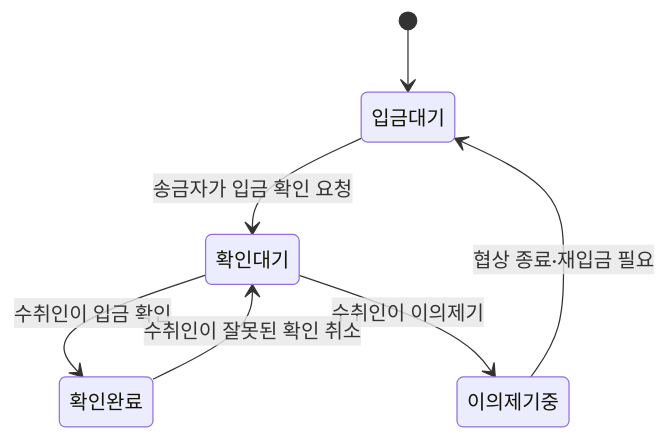
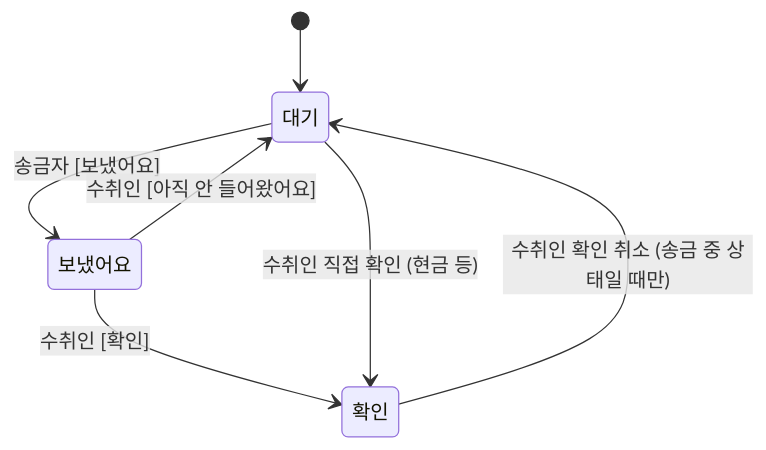
The third of 3 diagrams in docs/REQUIREMENTS.md (owencity/jungsan_attack), drawn with Mermaid before and after one commit. The commit also changed other lines of this file and 13 other files, not shown here.

````diff
--- a/docs/REQUIREMENTS.md
+++ b/docs/REQUIREMENTS.md
@@ -325,9 +197,9 @@
 ```mermaid
 stateDiagram-v2
-    [*] --> 입금대기
-    입금대기 --> 확인대기: 송금자가 입금 확인 요청
-    확인대기 --> 확인완료: 수취인이 입금 확인
-    확인대기 --> 이의제기중: 수취인이 이의제기
-    이의제기중 --> 입금대기: 협상 종료·재입금 필요
-    확인완료 --> 확인대기: 수취인이 잘못된 확인 취소
+    [*] --> 대기
+    대기 --> 보냈어요: 송금자 [보냈어요]
+    보냈어요 --> 확인: 수취인 [확인]
+    보냈어요 --> 대기: 수취인 [아직 안 들어왔어요]
+    대기 --> 확인: 수취인 직접 확인 (현금 등)
+    확인 --> 대기: 수취인 확인 취소 (송금 중 상태일 때만)
 ```
````
